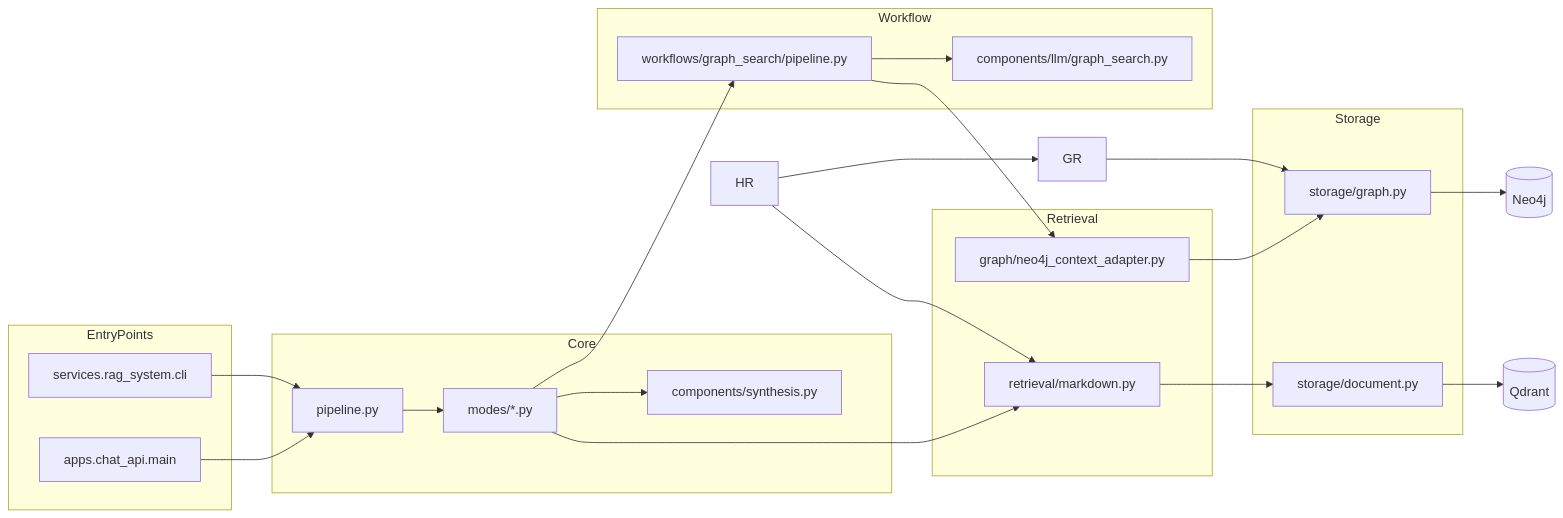
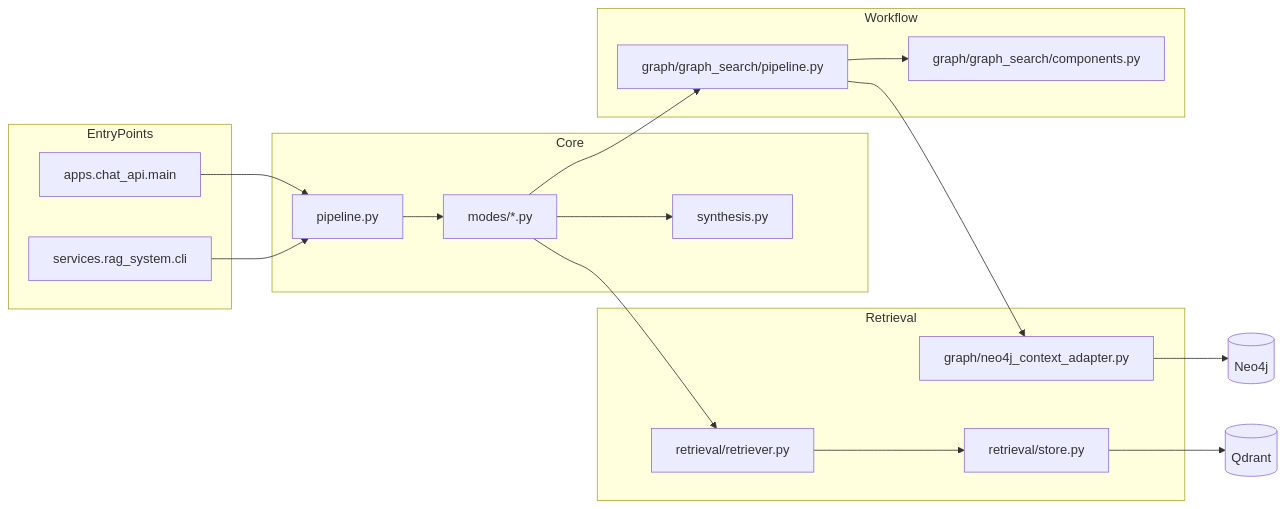
The second of 8 diagrams in services/rag_system/README.md (quyen20345/KGsAuto), drawn with Mermaid before and after one commit. The commit also changed other lines of this file and 32 other files, not shown here.

````diff
--- a/services/rag_system/README.md
+++ b/services/rag_system/README.md
@@ -114,48 +110,38 @@
 ```mermaid
 flowchart LR
     subgraph EntryPoints
         CLI[services.rag_system.cli]
         API[apps.chat_api.main]
     end
 
     subgraph Core
         U[pipeline.py]
         M[modes/*.py]
-        S[components/synthesis.py]
+        S[synthesis.py]
     end
 
     subgraph Retrieval
-        MR[retrieval/markdown.py]
-
+        R[retrieval/retriever.py]
+        Store[retrieval/store.py]
         NA[graph/neo4j_context_adapter.py]
     end
 
-    subgraph Storage
-        DS[storage/document.py]
-        GS[storage/graph.py]
-    end
-
     subgraph Workflow
-        WG[workflows/graph_search/pipeline.py]
-        LC[components/llm/graph_search.py]
+        WG[graph/graph_search/pipeline.py]
+        LC[graph/graph_search/components.py]
     end
 
     CLI --> U
     API --> U
 
     U --> M
-    M --> MR
+    M --> R
     M --> S
     M --> WG
 
-    MR --> DS
-    GR --> GS
-    HR --> MR
-    HR --> GR
+    R --> Store
+    Store --> Q[(Qdrant)]
     WG --> NA
     WG --> LC
-    NA --> GS
-
-    DS --> Q[(Qdrant)]
-    GS --> N[(Neo4j)]
+    NA --> N[(Neo4j)]
 ```
````
